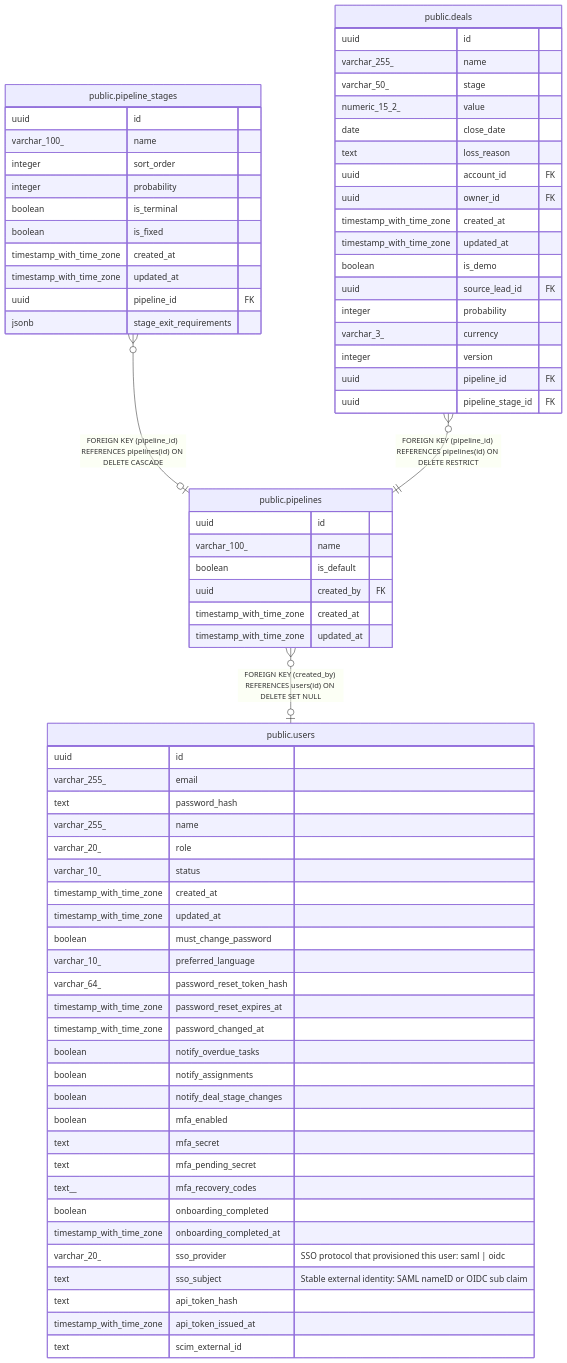
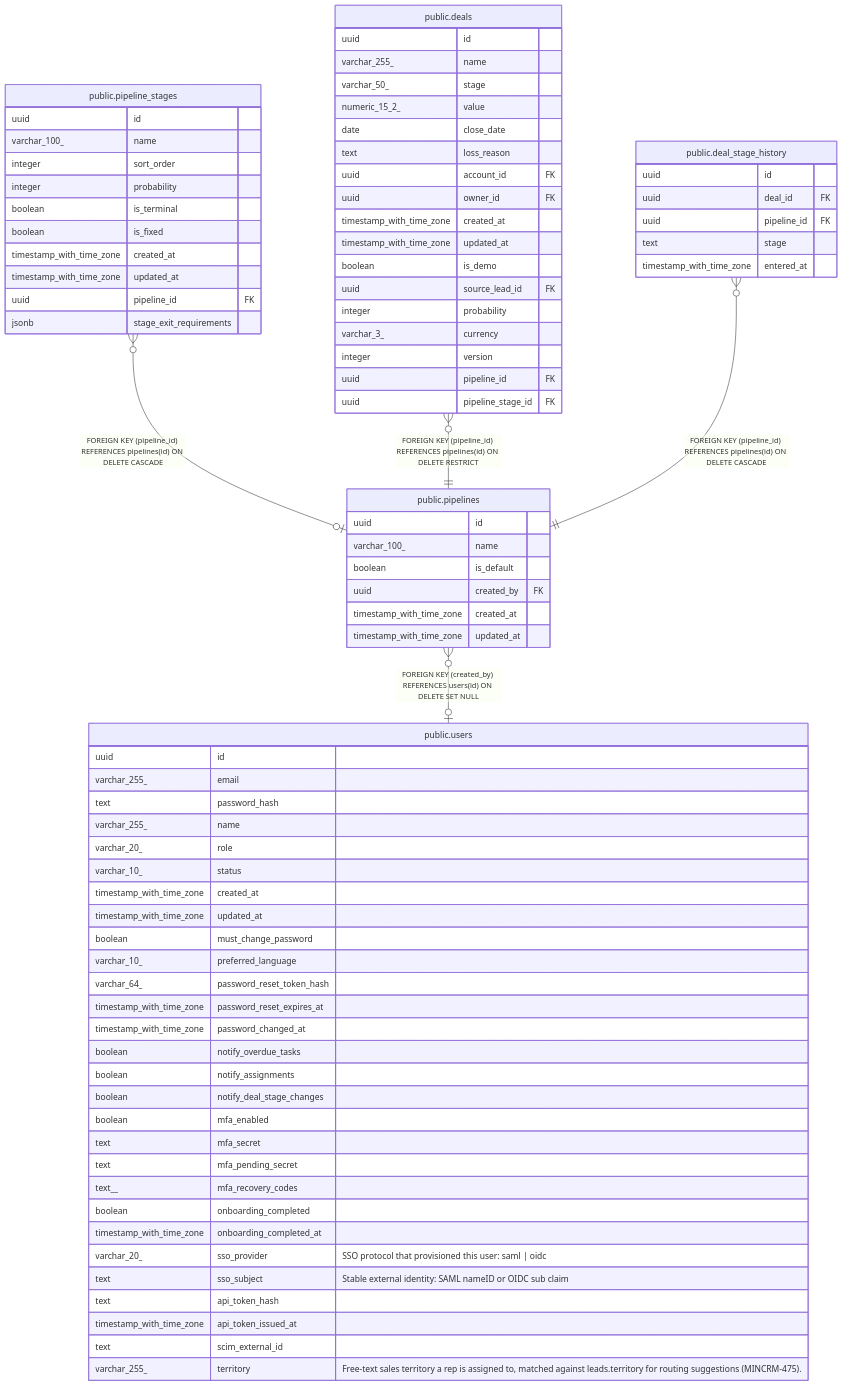
Before and after one commit to rkseattle/minicrm: the diagram in docs/schema/public.pipelines.md, drawn with Mermaid. The commit also changed other lines of this file and 85 other files, not shown here.

````diff
--- a/docs/schema/public.pipelines.md
+++ b/docs/schema/public.pipelines.md
@@ -39,6 +39,7 @@
 
 "public.pipeline_stages" }o--o| "public.pipelines" : "FOREIGN KEY (pipeline_id) REFERENCES pipelines(id) ON DELETE CASCADE"
 "public.deals" }o--|| "public.pipelines" : "FOREIGN KEY (pipeline_id) REFERENCES pipelines(id) ON DELETE RESTRICT"
+"public.deal_stage_history" }o--|| "public.pipelines" : "FOREIGN KEY (pipeline_id) REFERENCES pipelines(id) ON DELETE CASCADE"
 "public.pipelines" }o--o| "public.users" : "FOREIGN KEY (created_by) REFERENCES users(id) ON DELETE SET NULL"
 
 "public.pipelines" {
@@ -80,6 +81,13 @@
   uuid pipeline_id FK ""
   uuid pipeline_stage_id FK ""
 }
+"public.deal_stage_history" {
+  uuid id ""
+  uuid deal_id FK ""
+  uuid pipeline_id FK ""
+  text stage ""
+  timestamp_with_time_zone entered_at ""
+}
 "public.users" {
   uuid id ""
   varchar_255_ email ""
@@ -108,5 +116,6 @@
   text api_token_hash ""
   timestamp_with_time_zone api_token_issued_at ""
   text scim_external_id ""
+  varchar_255_ territory "Free-text sales territory a rep is assigned to, matched against leads.territory for routing suggestions (MINCRM-475)."
 }
 ```
````
